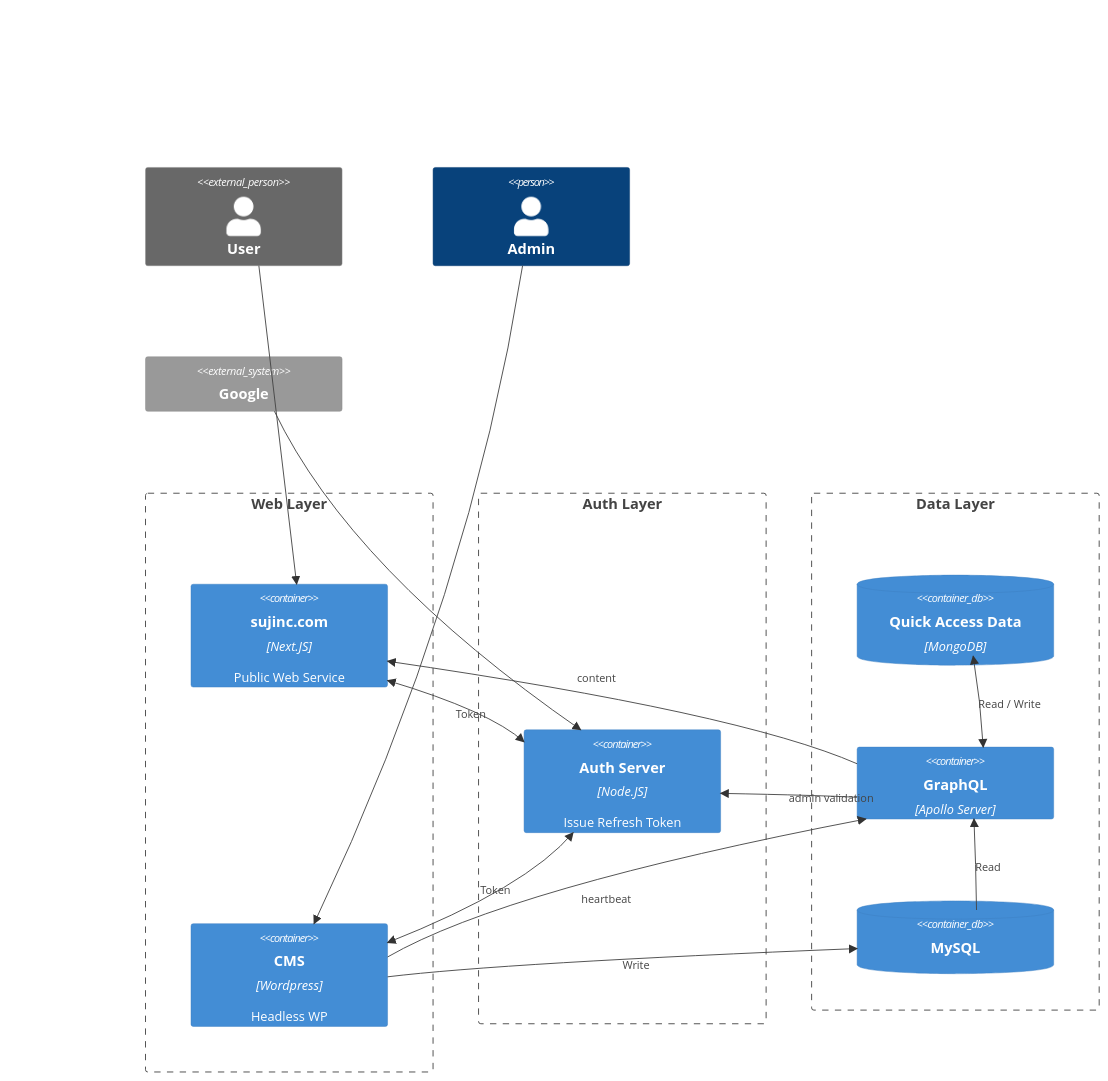
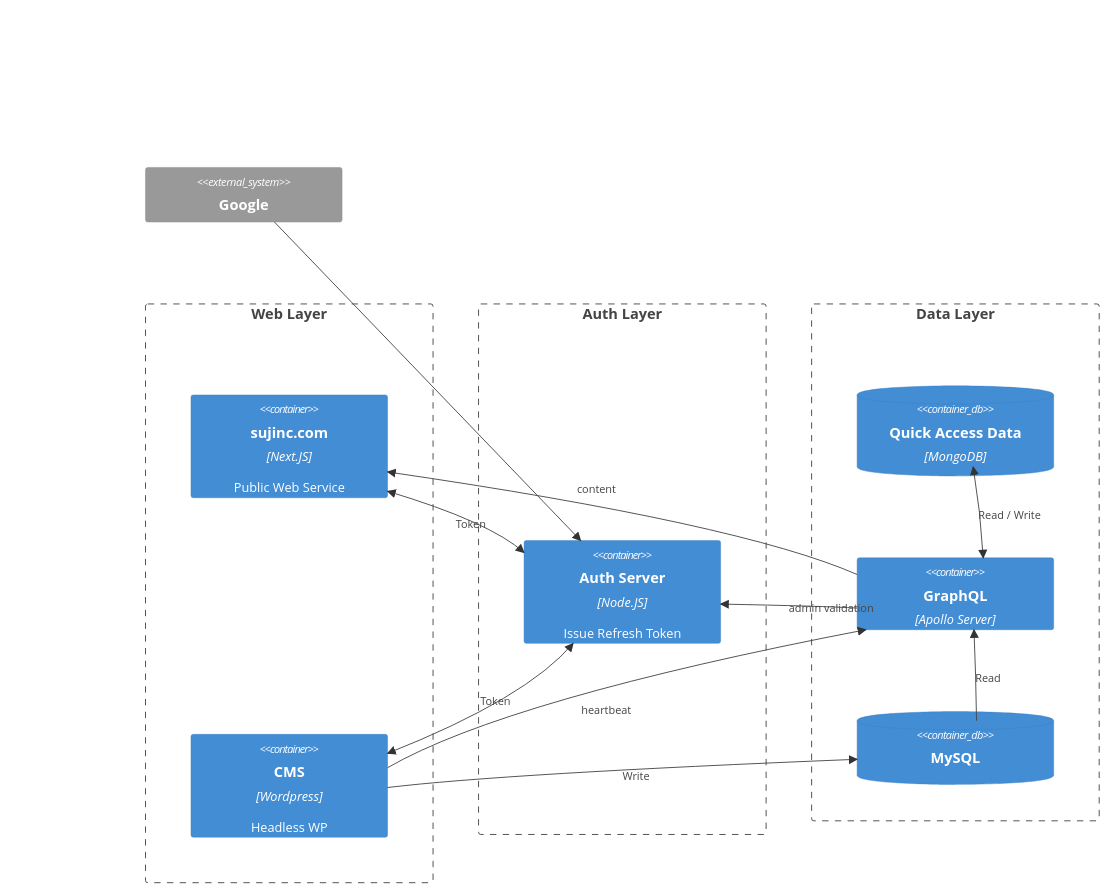
Before and after one commit to sujin2f/Sujin: the first of 2 diagrams in README.md, drawn with Mermaid.

Commit message:
Update C4 context diagram in README
Removed user and admin relationships from the C4 context diagram.

````diff
--- a/README.md
+++ b/README.md
@@ -12,49 +12,45 @@
 ```mermaid
 C4Context
-    Person_Ext(user, "User")
-    Person(admin, "Admin")
     System_Ext(google, "Google")
 
     Boundary(web, "Web Layer", "") {
         Container(next, "sujinc.com", "Next.JS", "Public Web Service")
-        Rel(user, next, "")
 
         Container(gap1, "")
         UpdateElementStyle(gap1, $fontColor="transparent", $bgColor="transparent", $borderColor="transparent")
 
         Container(wp, "CMS", "Wordpress", "Headless WP")
-        Rel(admin, wp, "")
     }
 
     Boundary(auth, "Auth Layer", "") {
         Container(gap2, "")
         UpdateElementStyle(gap2, $fontColor="transparent", $bgColor="transparent", $borderColor="transparent")
 
         Container(auth, "Auth Server", "Node.JS", "Issue Refresh Token")
         Rel(google, auth, "")
         BiRel(auth, next, "Token")
         BiRel(auth, wp, "Token")
 
         Container(gap3, "")
         UpdateElementStyle(gap3, $fontColor="transparent", $bgColor="transparent", $borderColor="transparent")
     }
 
 
     Boundary(gql_b, "Data Layer", "") {
         ContainerDb(mongo, "Quick Access Data", "MongoDB")
 
         Container(gql, "GraphQL", "Apollo Server", "")
         Rel(gql, next, "content")
         UpdateRelStyle(gql, next, $offsetY="-40", $offsetX="-50")
         Rel(wp, gql, "heartbeat")
         UpdateRelStyle(wp, gql, $offsetY="10", $offsetX="-50")
         BiRel(gql, mongo, "Read / Write")
         Rel(gql, auth, "admin validation")
 
         ContainerDb(mysql, "MySQL")
         Rel(mysql, gql, "Read")
         Rel(wp, mysql, "Write")
     }
 
     UpdateLayoutConfig($c4ShapeInRow="3", $c4BoundaryInRow="4")
 ```
````
